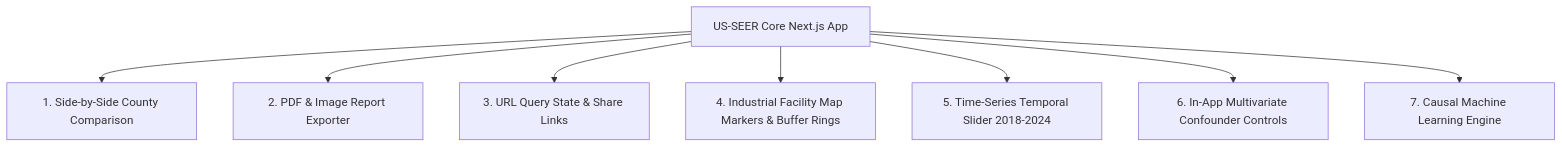
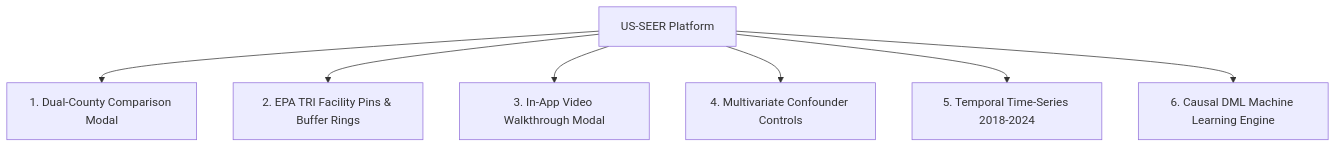
Before and after one commit to RushilMahadevu/us-seer: the second of 3 diagrams in NEXT_STEPS.md, drawn with Mermaid. The commit also changed other lines of this file and 13 other files, not shown here.

````diff
--- a/NEXT_STEPS.md
+++ b/NEXT_STEPS.md
@@ -17,10 +76,9 @@
 ```mermaid
 graph TD
-    App[US-SEER Core Next.js App] --> F1[1. Side-by-Side County Comparison]
-    App --> F2[2. PDF & Image Report Exporter]
-    App --> F3[3. URL Query State & Share Links]
-    App --> F4[4. Industrial Facility Map Markers & Buffer Rings]
-    App --> F5[5. Time-Series Temporal Slider 2018-2024]
-    App --> F6[6. In-App Multivariate Confounder Controls]
-    App --> ML[7. Causal Machine Learning Engine]
+    Core[US-SEER Platform] --> Comp1[1. Dual-County Comparison Modal]
+    Core --> Comp2[2. EPA TRI Facility Pins & Buffer Rings]
+    Core --> Comp3[3. In-App Video Walkthrough Modal]
+    Core --> Comp4[4. Multivariate Confounder Controls]
+    Core --> Comp5[5. Temporal Time-Series 2018-2024]
+    Core --> Comp6[6. Causal DML Machine Learning Engine]
 ```
````
